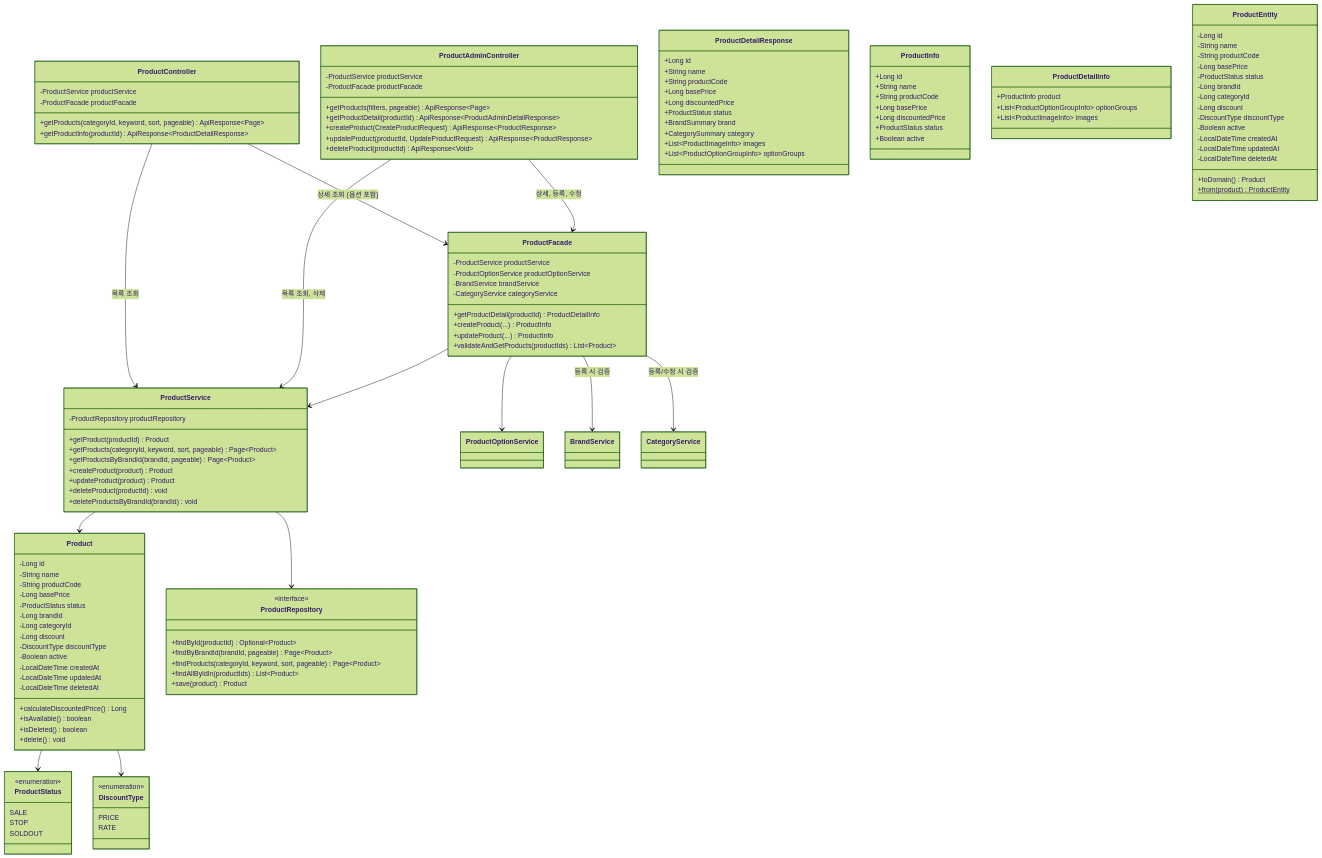
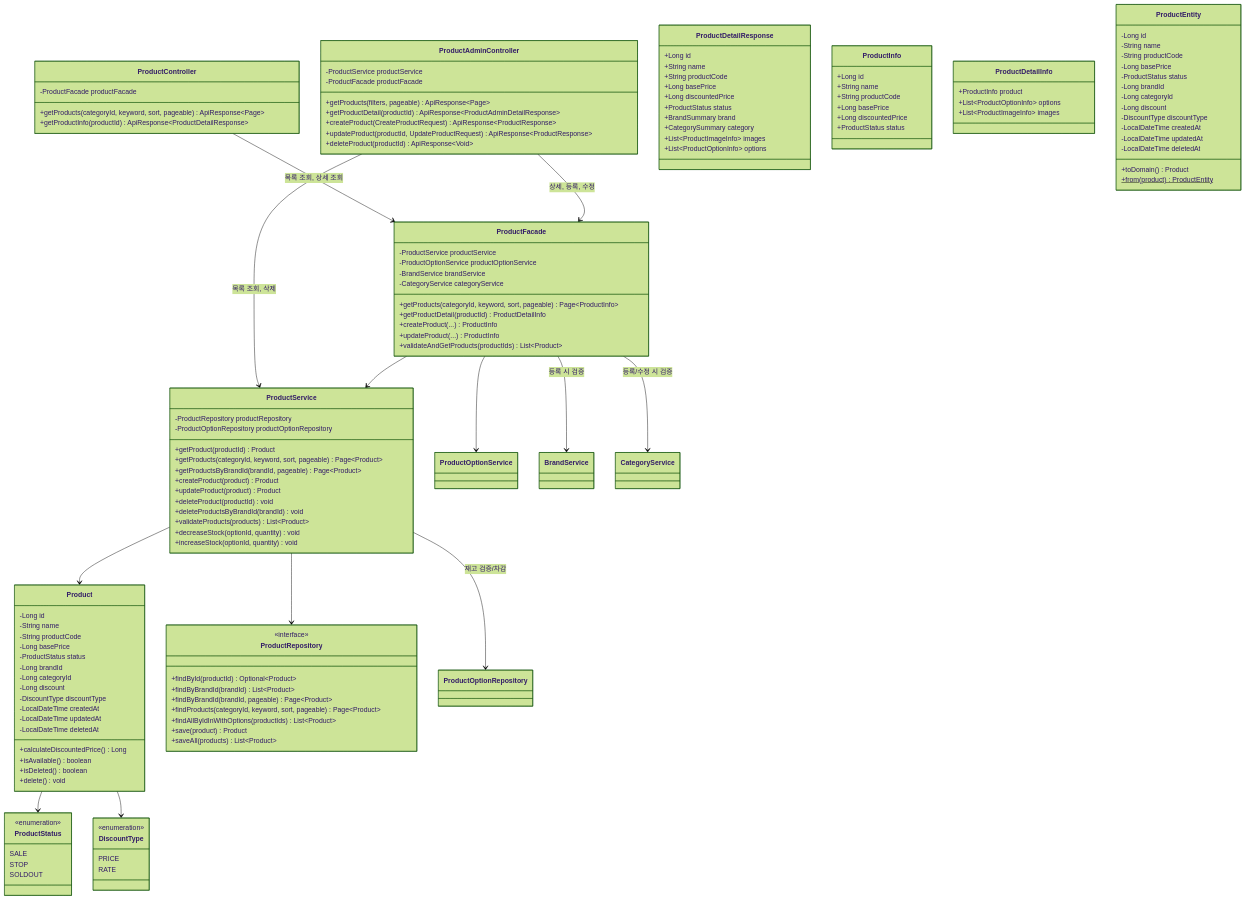
One commit to letter333/loop-pack-be-l2-vol3-java changed the fifth of 11 diagrams in docs/design/03-class-diagram.md. Above: the diagram before and after it, drawn with Mermaid (forest theme). The commit also changed other lines of this file and 3 other files, not shown here.

```diff
--- a/docs/design/03-class-diagram.md
+++ b/docs/design/03-class-diagram.md
@@ -471,7 +465,6 @@
 
     %% Interfaces Layer
     class ProductController {
-        -ProductService productService
         -ProductFacade productFacade
         +getProducts(categoryId, keyword, sort, pageable) ApiResponse~Page~
         +getProductInfo(productId) ApiResponse~ProductDetailResponse~
@@ -497,7 +490,7 @@
         +BrandSummary brand
         +CategorySummary category
         +List~ProductImageInfo~ images
-        +List~ProductOptionGroupInfo~ optionGroups
+        +List~ProductOptionInfo~ options
     }
 
     %% Application Layer
@@ -506,6 +499,7 @@
         -ProductOptionService productOptionService
         -BrandService brandService
         -CategoryService categoryService
+        +getProducts(categoryId, keyword, sort, pageable) Page~ProductInfo~
         +getProductDetail(productId) ProductDetailInfo
         +createProduct(...) ProductInfo
         +updateProduct(...) ProductInfo
@@ -519,12 +513,11 @@
         +Long basePrice
         +Long discountedPrice
         +ProductStatus status
-        +Boolean active
     }
 
     class ProductDetailInfo {
         +ProductInfo product
-        +List~ProductOptionGroupInfo~ optionGroups
+        +List~ProductOptionInfo~ options
         +List~ProductImageInfo~ images
     }
 
@@ -539,7 +532,6 @@
         -Long categoryId
         -Long discount
         -DiscountType discountType
-        -Boolean active
         -LocalDateTime createdAt
         -LocalDateTime updatedAt
         -LocalDateTime deletedAt
@@ -564,6 +556,7 @@
 
     class ProductService {
         -ProductRepository productRepository
+        -ProductOptionRepository productOptionRepository
         +getProduct(productId) Product
         +getProducts(categoryId, keyword, sort, pageable) Page~Product~
         +getProductsByBrandId(brandId, pageable) Page~Product~
@@ -571,16 +564,21 @@
         +updateProduct(product) Product
         +deleteProduct(productId) void
         +deleteProductsByBrandId(brandId) void
+        +validateProducts(products) List~Product~
+        +decreaseStock(optionId, quantity) void
+        +increaseStock(optionId, quantity) void
     }
 
     %% Infrastructure Layer
     class ProductRepository {
         <<interface>>
         +findById(productId) Optional~Product~
+        +findByBrandId(brandId) List~Product~
         +findByBrandId(brandId, pageable) Page~Product~
         +findProducts(categoryId, keyword, sort, pageable) Page~Product~
-        +findAllByIdIn(productIds) List~Product~
+        +findAllByIdInWithOptions(productIds) List~Product~
         +save(product) Product
+        +saveAll(products) List~Product~
     }
 
     class ProductEntity {
@@ -593,7 +591,6 @@
         -Long categoryId
         -Long discount
         -DiscountType discountType
-        -Boolean active
         -LocalDateTime createdAt
         -LocalDateTime updatedAt
         -LocalDateTime deletedAt
@@ -602,8 +599,7 @@
     }
 
     %% Relationships
-    ProductController --> ProductService : 목록 조회
-    ProductController --> ProductFacade : 상세 조회 (옵션 포함)
+    ProductController --> ProductFacade : 목록 조회, 상세 조회
     ProductAdminController --> ProductService : 목록 조회, 삭제
     ProductAdminController --> ProductFacade : 상세, 등록, 수정
     ProductFacade --> ProductService
@@ -611,6 +607,7 @@
     ProductFacade --> BrandService : 등록 시 검증
     ProductFacade --> CategoryService : 등록/수정 시 검증
     ProductService --> ProductRepository
+    ProductService --> ProductOptionRepository : 재고 검증/차감
     ProductService --> Product
     Product --> ProductStatus
     Product --> DiscountType
```
